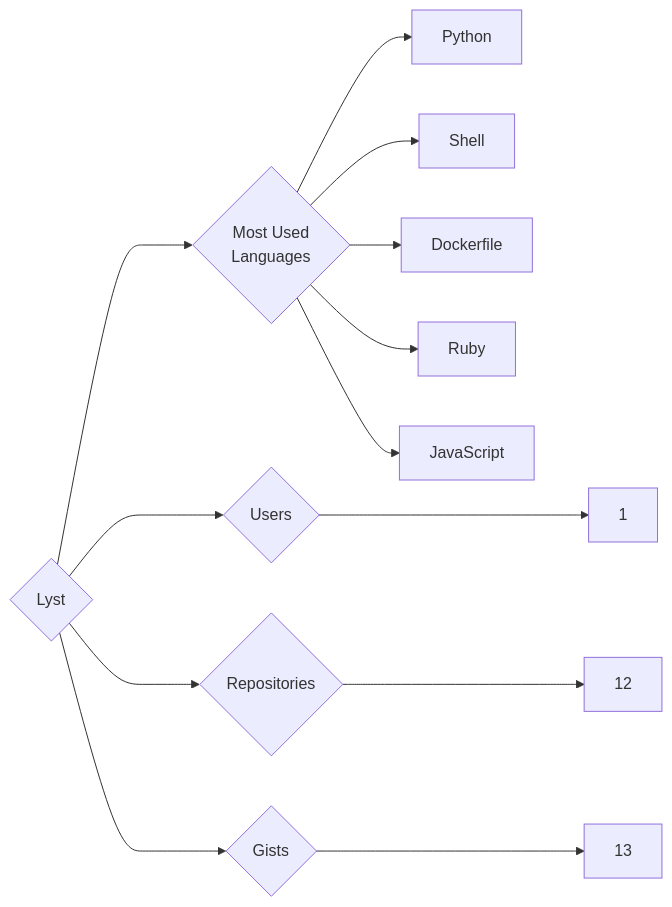
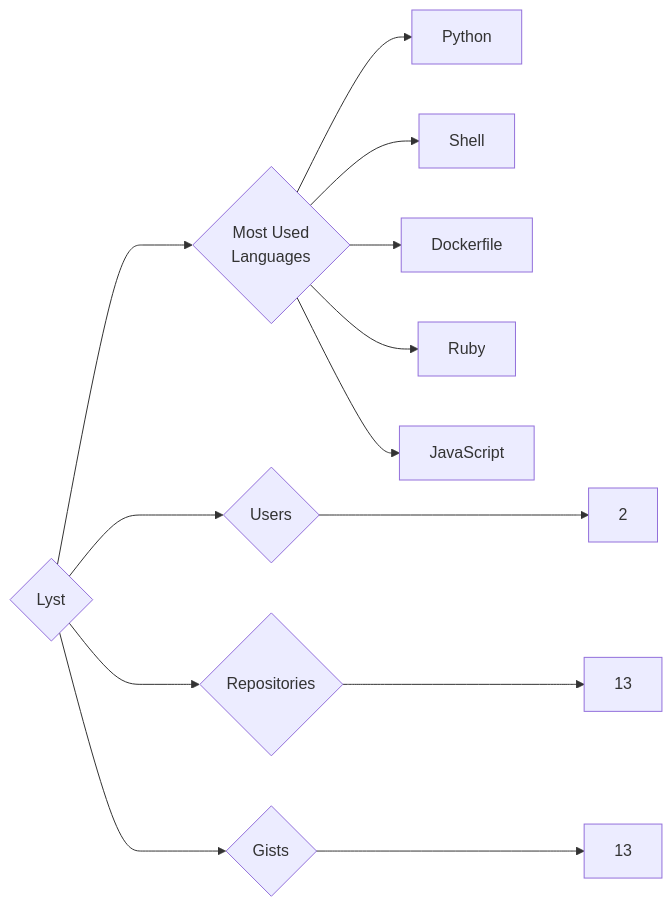
One commit to trickest/insiders changed the diagram in targets/Lyst/README.md. Above: the diagram before and after it, drawn with Mermaid. The commit also changed 1084 other files, not shown here.

````diff
--- a/targets/Lyst/README.md
+++ b/targets/Lyst/README.md
@@ -3,13 +3,13 @@
 ```mermaid
 graph LR
 COMPANY_NAME{Lyst}
-COMPANY_NAME ---> U{Users} ---> UN[1]
-COMPANY_NAME ---> R{Repositories} ---> RN[12]
+COMPANY_NAME ---> U{Users} ---> UN[2]
+COMPANY_NAME ---> R{Repositories} ---> RN[13]
 COMPANY_NAME ---> G{Gists} ---> GN[13]
 COMPANY_NAME ---> ML{Most Used<br>Languages}
 ML --> Python[Python]
 ML --> Shell[Shell]
 ML --> Dockerfile[Dockerfile]
 ML --> Ruby[Ruby]
 ML --> JavaScript[JavaScript]
 ```
````
